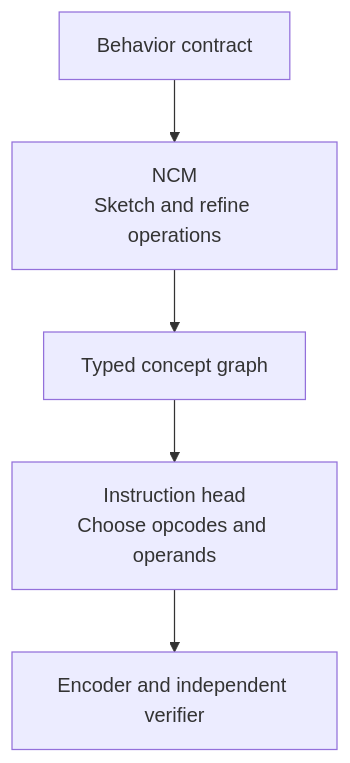
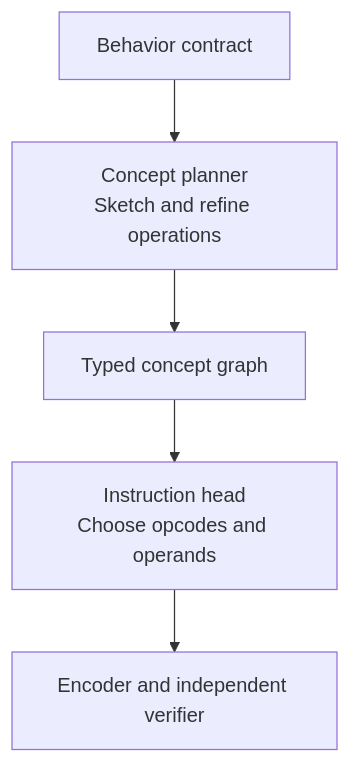
One commit to Kian-hdr/lore-demo changed the first of 6 diagrams in README.md. Above: the diagram before and after it, drawn with Mermaid. The commit also changed other lines of this file and 5 other files, not shown here.

Commit message:
IND-312 explain concept hierarchy with original Mermaid pyramids

````diff
--- a/README.md
+++ b/README.md
@@ -23,7 +23,7 @@
 ```mermaid
 flowchart TD
-    A["Behavior contract"] --> B["NCM<br/>Sketch and refine operations"]
+    A["Behavior contract"] --> B["Concept planner<br/>Sketch and refine operations"]
     B --> C["Typed concept graph"]
     C --> D["Instruction head<br/>Choose opcodes and operands"]
     D --> E["Encoder and independent verifier"]
 ```
````
